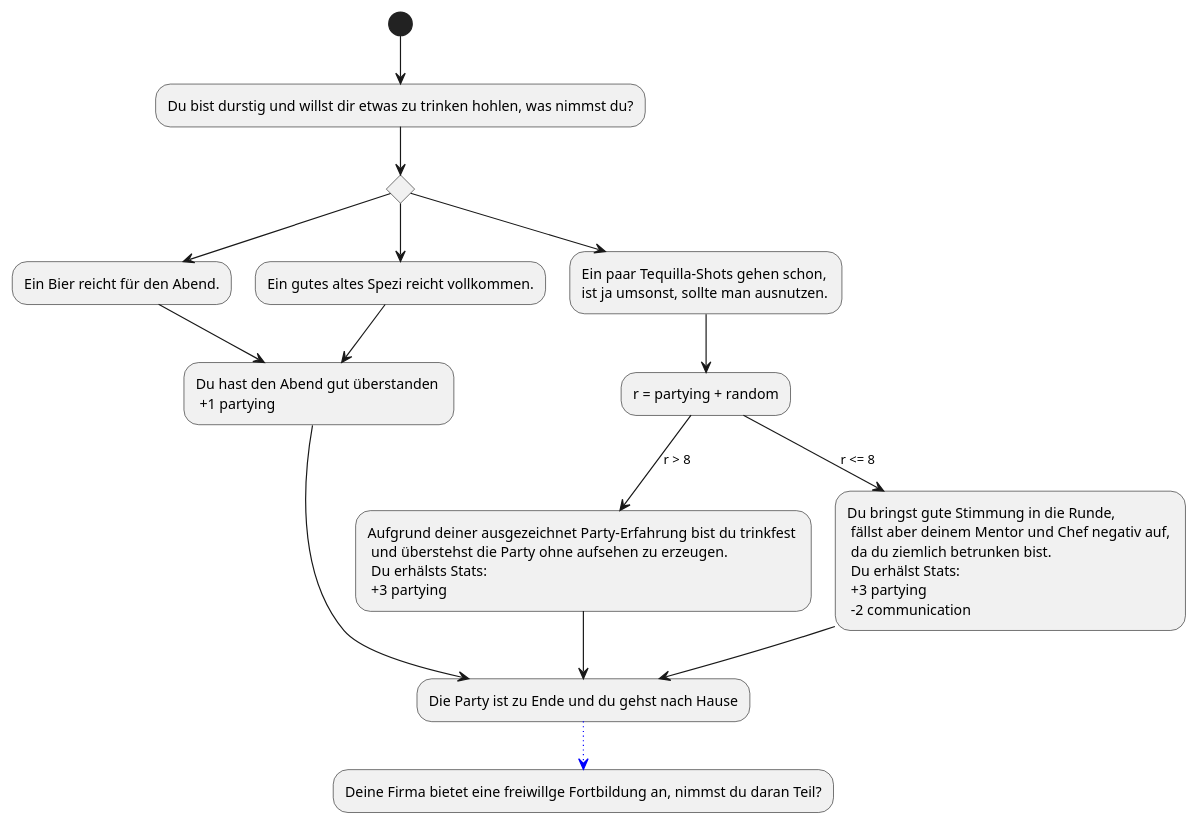
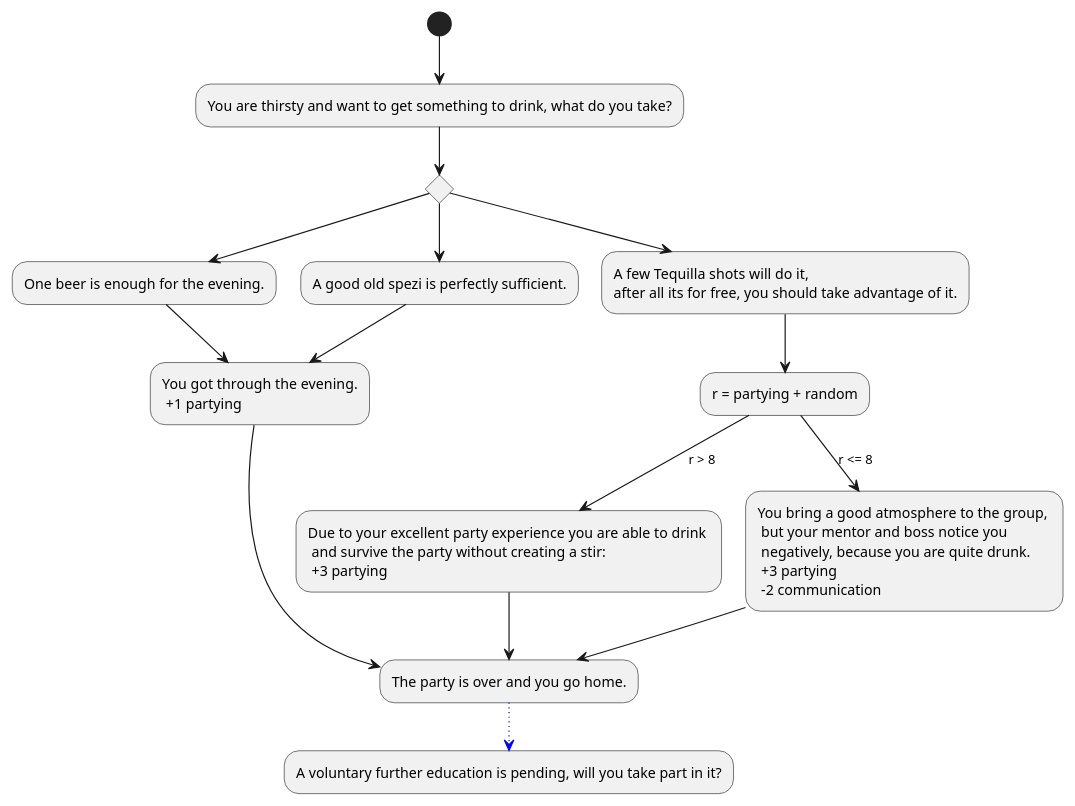
The diagram in Docs/Technical Specifications/docs/diagrams/StoryFlow/StoryFlow_Decision_9.puml (Brotenko/QualityQuest), drawn with PlantUML before and after one commit. The commit also changed 14 other files, not shown here.

```diff
--- a/Docs/Technical Specifications/docs/diagrams/StoryFlow/StoryFlow_Decision_9.puml
+++ b/Docs/Technical Specifications/docs/diagrams/StoryFlow/StoryFlow_Decision_9.puml
@@ -1,22 +1,22 @@
 @startuml
-(*) --> "Du bist durstig und willst dir etwas zu trinken hohlen, was nimmst du?" as alc
+(*) --> "You are thirsty and want to get something to drink, what do you take?" as alc
 if "" then 
---> "Ein Bier reicht für den Abend." as genießen
-genießen --> "Du hast den Abend gut überstanden \n +1 partying" as party
+--> "One beer is enough for the evening." as genießen
+genießen --> "You got through the evening.\n +1 partying" as party
 else 
---> "Ein gutes altes Spezi reicht vollkommen."
+--> "A good old spezi is perfectly sufficient."
 --> party
 else 
---> "Ein paar Tequilla-Shots gehen schon, \nist ja umsonst, sollte man ausnutzen." as saufen
+--> "A few Tequilla shots will do it, \nafter all its for free, you should take advantage of it." as saufen
 
 endif
 
 saufen --> "r = partying + random" as r
-r --> [r > 8] "Aufgrund deiner ausgezeichnet Party-Erfahrung bist du trinkfest \n und überstehst die Party ohne aufsehen zu erzeugen.\n Du erhälsts Stats: \n +3 partying" as alci
-r --> [r <= 8] "Du bringst gute Stimmung in die Runde, \n fällst aber deinem Mentor und Chef negativ auf, \n da du ziemlich betrunken bist. \n Du erhälst Stats: \n +3 partying \n -2 communication"
---> "Die Party ist zu Ende und du gehst nach Hause" as hause
+r --> [r > 8] "Due to your excellent party experience you are able to drink \n and survive the party without creating a stir: \n +3 partying" as alci
+r --> [r <= 8] "You bring a good atmosphere to the group, \n but your mentor and boss notice you \n negatively, because you are quite drunk.\n +3 partying \n -2 communication"
+--> "The party is over and you go home." as hause
 party --> hause
 alci --> hause
--[#blue,dotted]-> "Deine Firma bietet eine freiwillge Fortbildung an, nimmst du daran Teil?"
+-[#blue,dotted]-> "A voluntary further education is pending, will you take part in it?"
 
 @enduml
```
